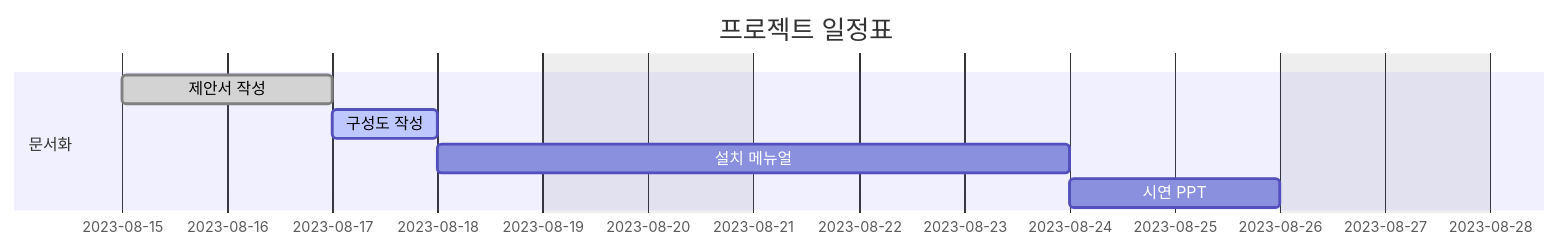
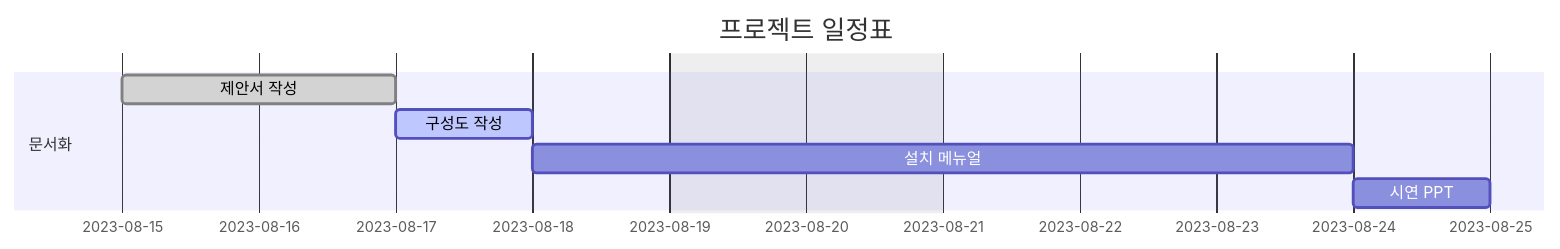
The diagram in README.md (LOFL404/project1), drawn with Mermaid before and after one commit.

````diff
--- a/README.md
+++ b/README.md
@@ -1,16 +1,16 @@
 ```mermaid
 gantt
     dateFormat  YYYY-MM-DD
     axisFormat  %Y-%m-%d
     title       프로젝트 일정표
     excludes    weekends saturday,sunday
     
     section 문서화
     제안서 작성     :done,    a, 2023-08-15, 2d
     구성도 작성     :active,    b, 2023-08-17, 1d
     설치 메뉴얼     :c, after b, 4d
-    시연 PPT        :after c, 2d
+    시연 PPT        :after c, 1d
 
     section 구현
     
 ```
````
